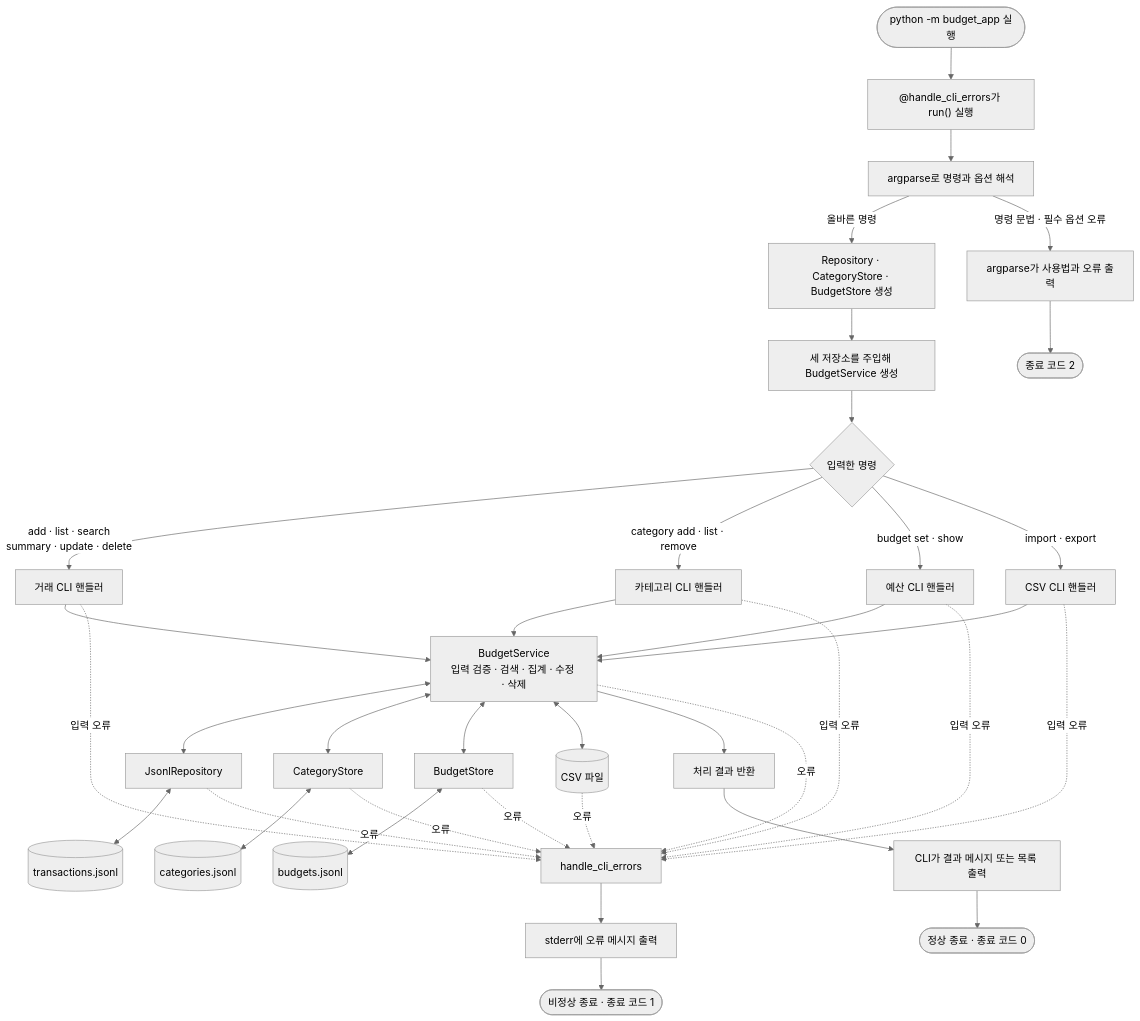
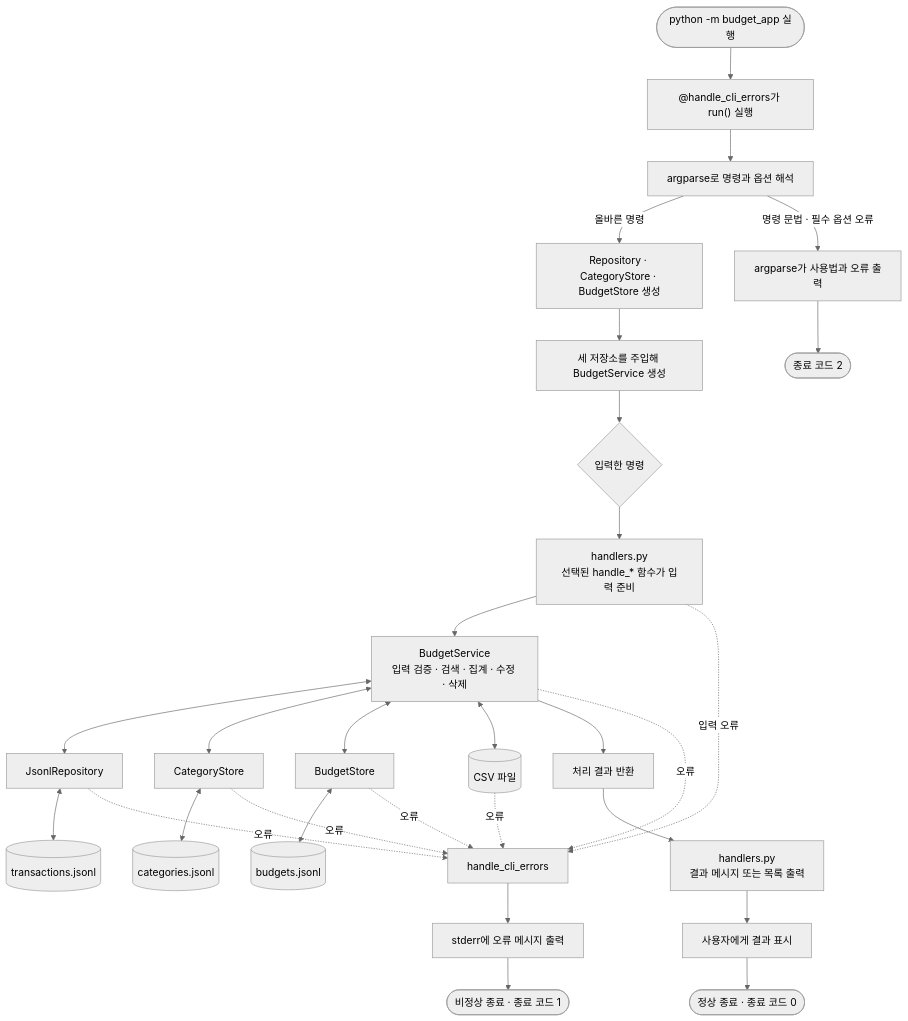
The second of 2 diagrams in README.md (greenable-7/B2-1-budget), drawn with Mermaid (neutral theme) before and after one commit. The commit also changed other lines of this file and 3 other files, not shown here.

Commit message:
refactor: separate CLI handlers

````diff
--- a/README.md
+++ b/README.md
@@ -84,45 +89,36 @@
 ```mermaid
 flowchart TD
     Start(["python -m budget_app 실행"]) --> Wrapped["@handle_cli_errors가 run() 실행"]
     Wrapped --> Parse["argparse로 명령과 옵션 해석"]
     Parse -->|"올바른 명령"| Create["Repository · CategoryStore · BudgetStore 생성"]
     Parse -->|"명령 문법 · 필수 옵션 오류"| ArgparseError["argparse가 사용법과 오류 출력"]
     ArgparseError --> ArgparseFailure(["종료 코드 2"])
     Create --> Inject["세 저장소를 주입해 BudgetService 생성"]
     Inject --> Route{"입력한 명령"}
 
-    Route -->|"add · list · search<br/>summary · update · delete"| TransactionHandler["거래 CLI 핸들러"]
-    Route -->|"category add · list · remove"| CategoryHandler["카테고리 CLI 핸들러"]
-    Route -->|"budget set · show"| BudgetHandler["예산 CLI 핸들러"]
-    Route -->|"import · export"| CsvHandler["CSV CLI 핸들러"]
-
-    TransactionHandler --> Service["BudgetService<br/>입력 검증 · 검색 · 집계 · 수정 · 삭제"]
-    CategoryHandler --> Service
-    BudgetHandler --> Service
-    CsvHandler --> Service
+    Route --> HandlerInput["handlers.py<br/>선택된 handle_* 함수가 입력 준비"]
+    HandlerInput --> Service["BudgetService<br/>입력 검증 · 검색 · 집계 · 수정 · 삭제"]
 
     Service <--> TransactionRepo["JsonlRepository"]
     Service <--> CategoryRepo["CategoryStore"]
     Service <--> BudgetRepo["BudgetStore"]
     Service <--> CsvFile[("CSV 파일")]
 
     TransactionRepo <--> TransactionFile[("transactions.jsonl")]
     CategoryRepo <--> CategoryFile[("categories.jsonl")]
     BudgetRepo <--> BudgetFile[("budgets.jsonl")]
 
     Service --> Result["처리 결과 반환"]
-    Result --> Output["CLI가 결과 메시지 또는 목록 출력"]
+    Result --> HandlerOutput["handlers.py<br/>결과 메시지 또는 목록 출력"]
+    HandlerOutput --> Output["사용자에게 결과 표시"]
     Output --> Success(["정상 종료 · 종료 코드 0"])
 
-    TransactionHandler -. "입력 오류" .-> Error["handle_cli_errors"]
-    CategoryHandler -. "입력 오류" .-> Error
-    BudgetHandler -. "입력 오류" .-> Error
-    CsvHandler -. "입력 오류" .-> Error
+    HandlerInput -. "입력 오류" .-> Error["handle_cli_errors"]
     Service -. "오류" .-> Error
     TransactionRepo -. "오류" .-> Error
     CategoryRepo -. "오류" .-> Error
     BudgetRepo -. "오류" .-> Error
     CsvFile -. "오류" .-> Error
     Error --> ErrorOutput["stderr에 오류 메시지 출력"]
     ErrorOutput --> Failure(["비정상 종료 · 종료 코드 1"])
 ```
````
